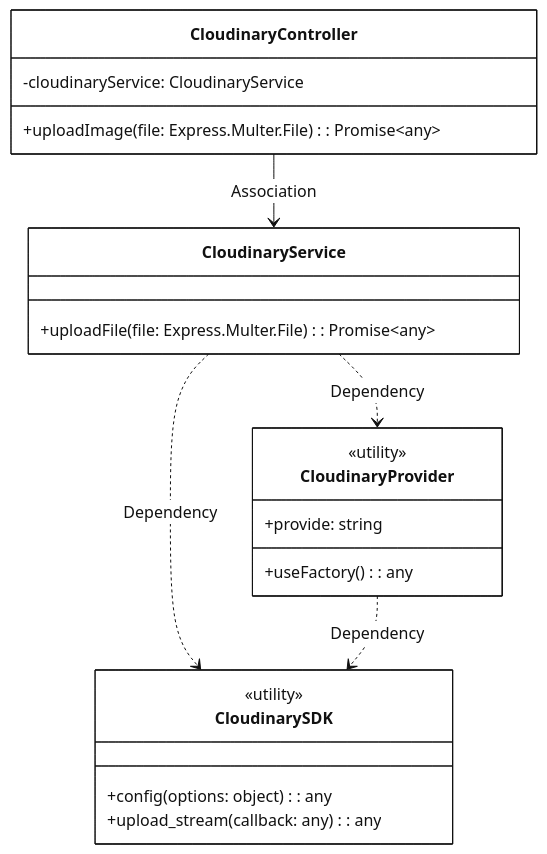
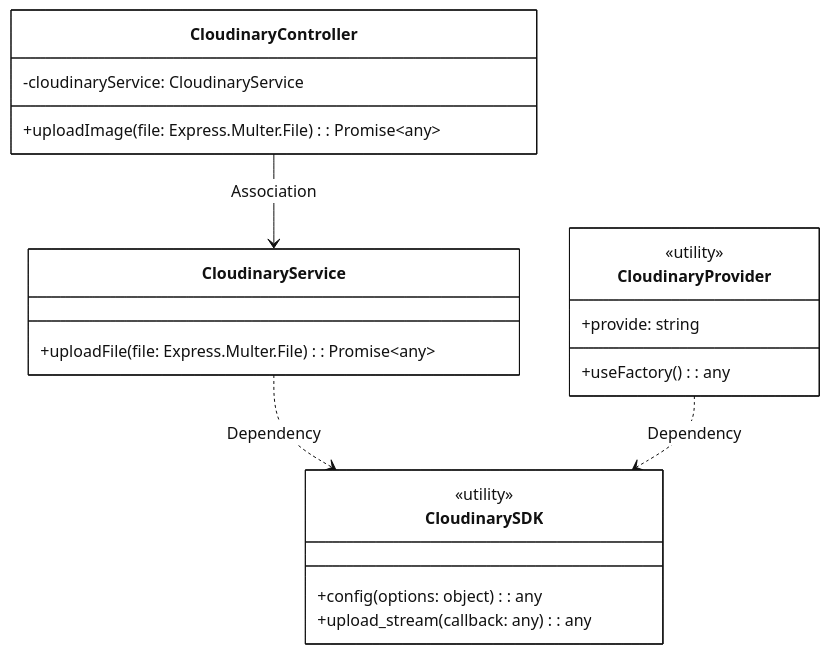
Before and after one commit to CuongBC195/class-diagram-donation-blood: the first of 2 diagrams in modules_mermaid/13_cloudinary.md, drawn with Mermaid. The commit also changed other lines of this file and 30 other files, not shown here.

Commit message:
fix(diagrams): achieve 100% capstone alignment with backend source code across all 13 modules

````diff
--- a/modules_mermaid/13_cloudinary.md
+++ b/modules_mermaid/13_cloudinary.md
@@ -6,31 +6,30 @@
 ```mermaid
 %%{init: {"theme":"base","themeVariables":{"background":"#ffffff","primaryColor":"#ffffff","primaryTextColor":"#111111","primaryBorderColor":"#111111","lineColor":"#111111","secondaryColor":"#ffffff","tertiaryColor":"#ffffff","edgeLabelBackground":"#ffffff","labelBoxBkgColor":"#ffffff","fontFamily":"Arial"}}}%%
 classDiagram
 direction TB
 
 class CloudinaryController {
   -cloudinaryService: CloudinaryService
   +uploadImage(file: Express.Multer.File): Promise~any~
 }
 
 class CloudinaryService {
   +uploadFile(file: Express.Multer.File): Promise~any~
 }
 
 class CloudinaryProvider {
   <<utility>>
   +provide: string
   +useFactory(): any
 }
 
 class CloudinarySDK {
   <<utility>>
   +config(options: object): any
   +upload_stream(callback: any): any
 }
 
 CloudinaryController --> CloudinaryService : Association
-CloudinaryService ..> CloudinaryProvider : Dependency
 CloudinaryService ..> CloudinarySDK : Dependency
 CloudinaryProvider ..> CloudinarySDK : Dependency
 ```
````
